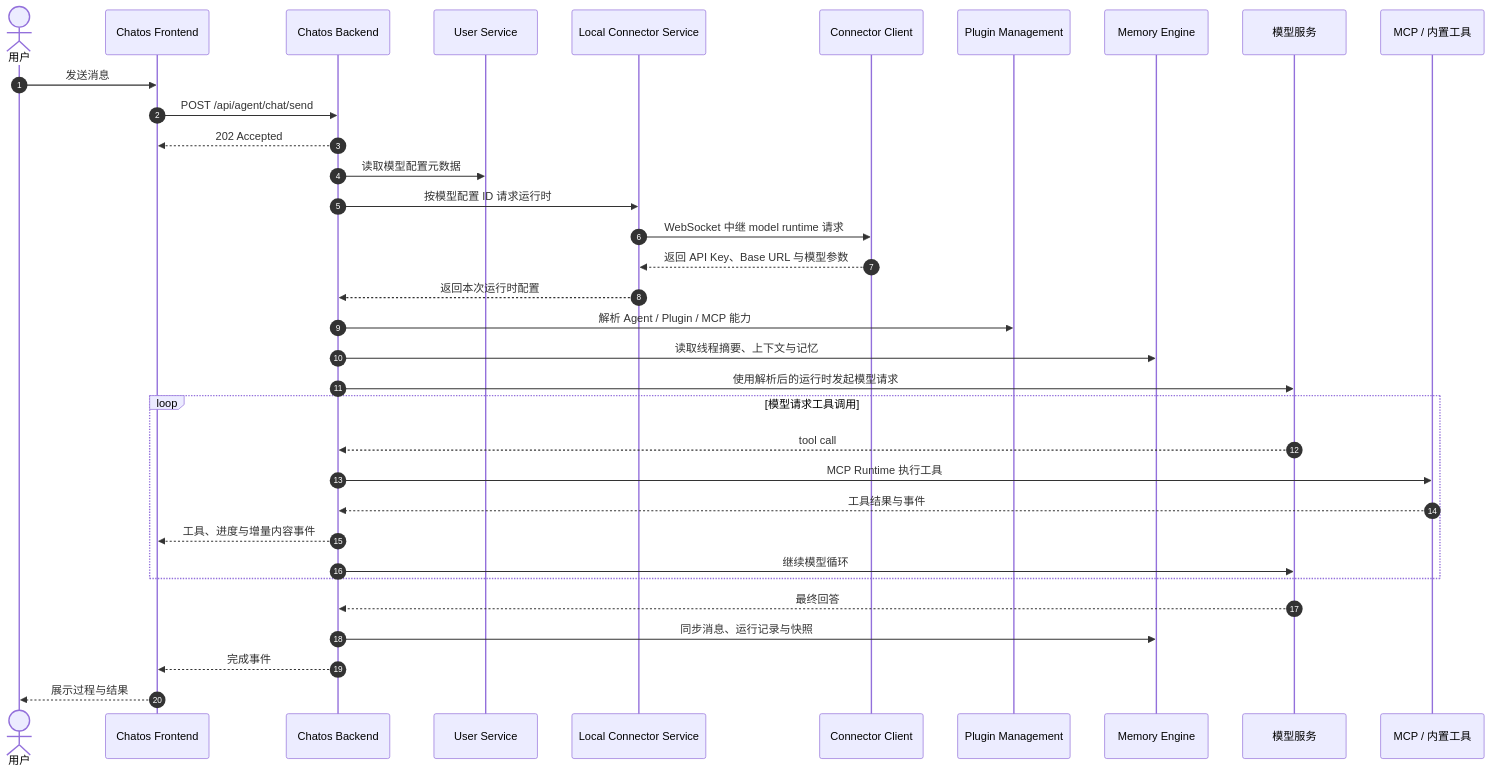
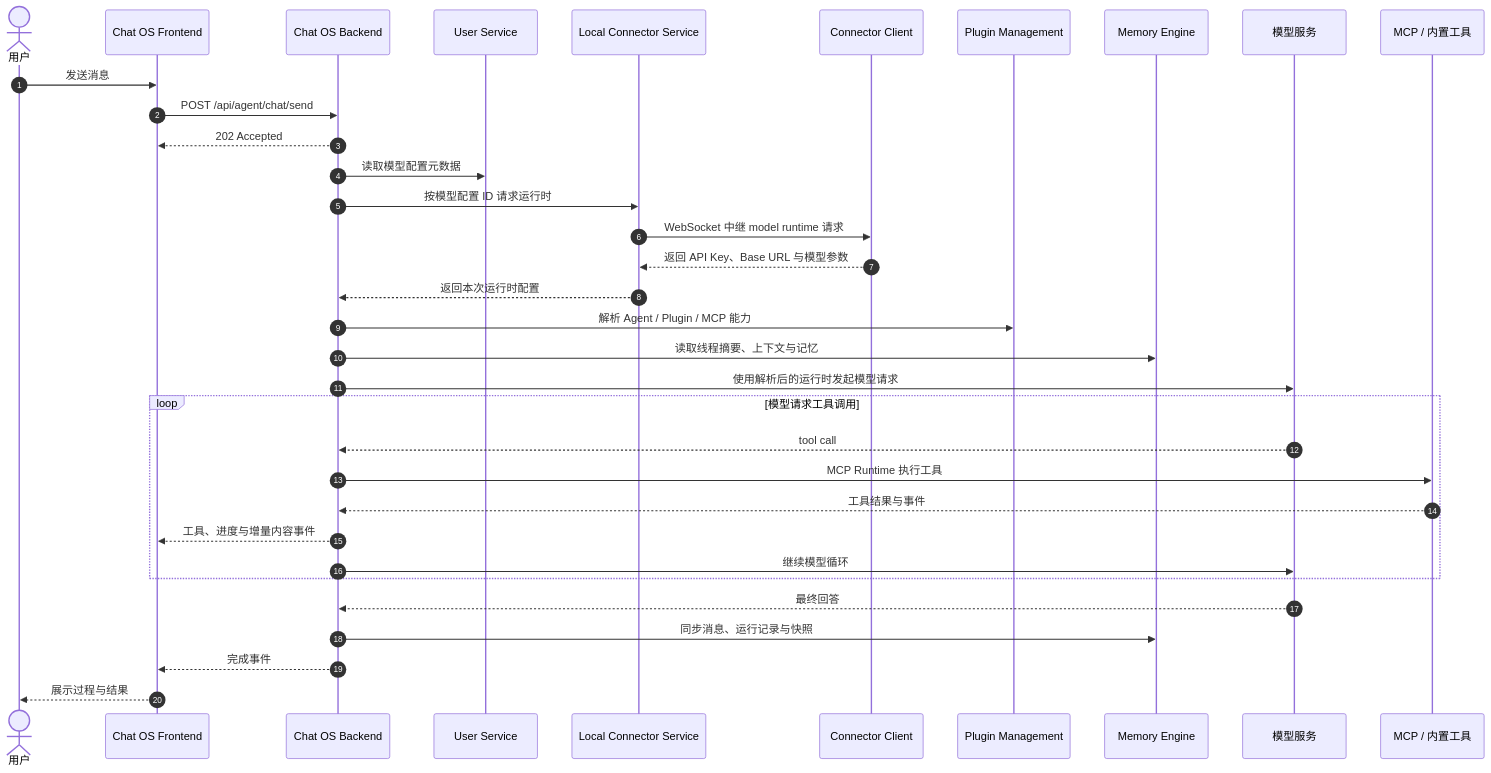
Before and after one commit to leeoohoo/chatos_rs: the third of 7 diagrams in README.md, drawn with Mermaid. The commit also changed other lines of this file and 70 other files, not shown here.

````diff
--- a/README.md
+++ b/README.md
@@ -146,37 +146,37 @@
 ```mermaid
 sequenceDiagram
     autonumber
     actor User as 用户
-    participant Web as Chatos Frontend
-    participant C as Chatos Backend
+    participant Web as Chat OS Frontend
+    participant C as Chat OS Backend
     participant U as User Service
     participant L as Local Connector Service
     participant LC as Connector Client
     participant G as Plugin Management
     participant M as Memory Engine
     participant AI as 模型服务
     participant Tool as MCP / 内置工具
 
     User->>Web: 发送消息
     Web->>C: POST /api/agent/chat/send
     C-->>Web: 202 Accepted
     C->>U: 读取模型配置元数据
     C->>L: 按模型配置 ID 请求运行时
     L->>LC: WebSocket 中继 model runtime 请求
     LC-->>L: 返回 API Key、Base URL 与模型参数
     L-->>C: 返回本次运行时配置
     C->>G: 解析 Agent / Plugin / MCP 能力
     C->>M: 读取线程摘要、上下文与记忆
     C->>AI: 使用解析后的运行时发起模型请求
     loop 模型请求工具调用
         AI-->>C: tool call
         C->>Tool: MCP Runtime 执行工具
         Tool-->>C: 工具结果与事件
         C-->>Web: 工具、进度与增量内容事件
         C->>AI: 继续模型循环
     end
     AI-->>C: 最终回答
     C->>M: 同步消息、运行记录与快照
     C-->>Web: 完成事件
     Web-->>User: 展示过程与结果
 ```
````
